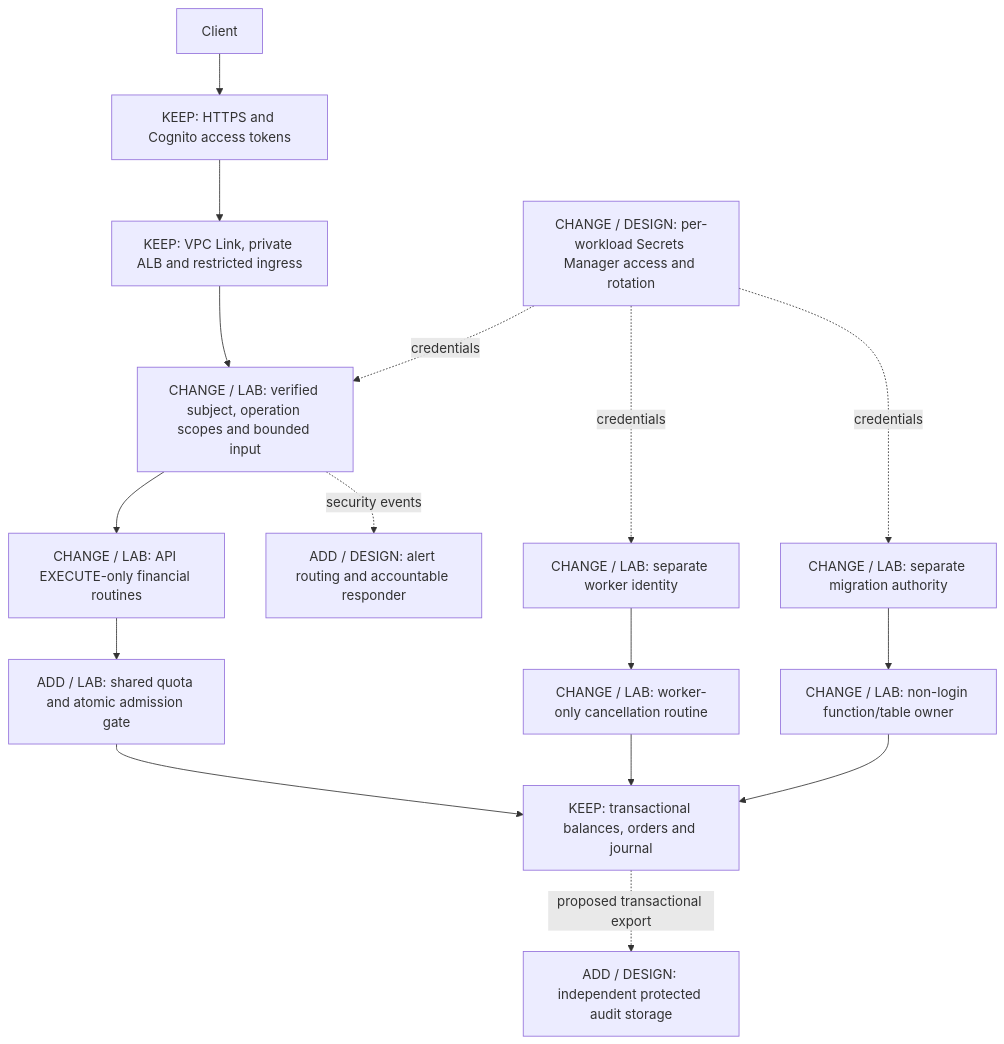
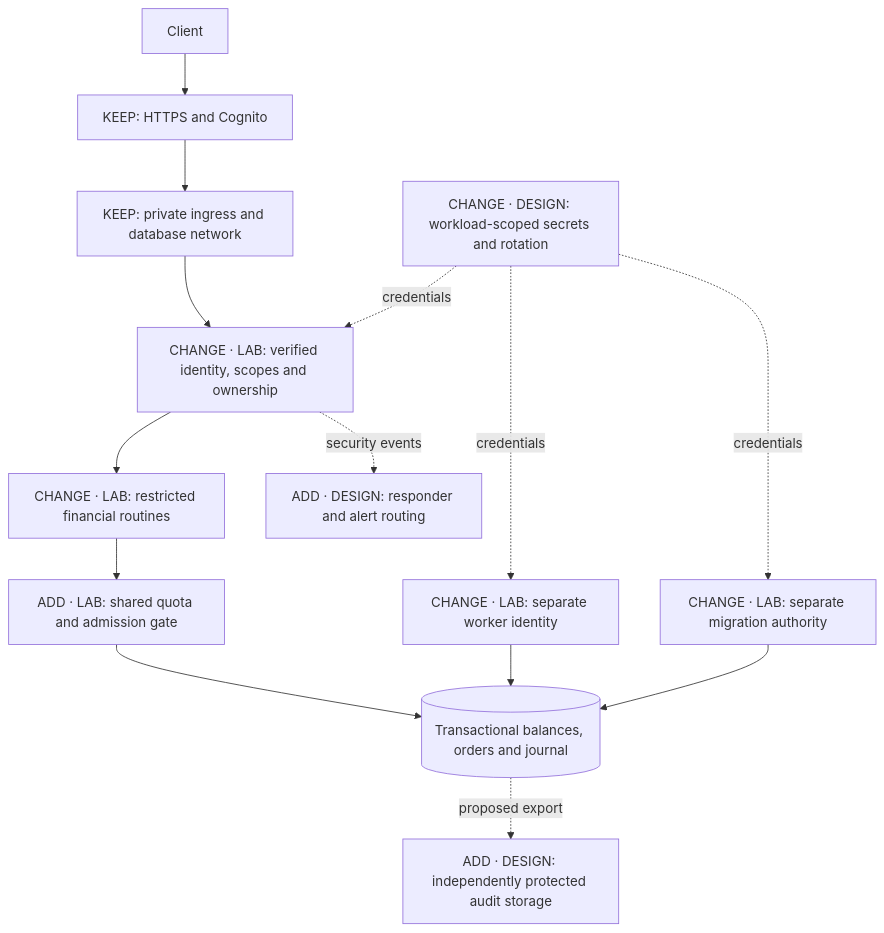
Before and after one commit to hoangminh1104/devops-challenge: the diagram in src/problem5/SOLUTION.md, drawn with Mermaid. The commit also changed other lines of this file and 5 other files, not shown here.

````diff
--- a/src/problem5/SOLUTION.md
+++ b/src/problem5/SOLUTION.md
@@ -11,16 +13,14 @@
 ```mermaid
 flowchart TD
-  Client[Client] --> Edge["KEEP: HTTPS and Cognito access tokens"]
-  Edge --> Private["KEEP: VPC Link, private ALB and restricted ingress"]
-  Private --> API["CHANGE / LAB: verified subject, operation scopes and bounded input"]
-  API --> Functions["CHANGE / LAB: API EXECUTE-only financial routines"]
-  Functions --> Gate["ADD / LAB: shared quota and atomic admission gate"]
-  Gate --> DB["KEEP: transactional balances, orders and journal"]
-  Worker["CHANGE / LAB: separate worker identity"] --> WorkerFn["CHANGE / LAB: worker-only cancellation routine"]
-  WorkerFn --> DB
-  Migration["CHANGE / LAB: separate migration authority"] --> Owner["CHANGE / LAB: non-login function/table owner"]
-  Owner --> DB
-  DB -. proposed transactional export .-> Audit["ADD / DESIGN: independent protected audit storage"]
-  API -. security events .-> Alerts["ADD / DESIGN: alert routing and accountable responder"]
-  Secrets["CHANGE / DESIGN: per-workload Secrets Manager access and rotation"] -. credentials .-> API & Worker & Migration
+  Client[Client] --> Edge["KEEP: HTTPS and Cognito"]
+  Edge --> Private["KEEP: private ingress and database network"]
+  Private --> API["CHANGE · LAB: verified identity, scopes and ownership"]
+  API --> Functions["CHANGE · LAB: restricted financial routines"]
+  Functions --> Gate["ADD · LAB: shared quota and admission gate"]
+  Gate --> DB[(Transactional balances, orders and journal)]
+  Worker["CHANGE · LAB: separate worker identity"] --> DB
+  Migration["CHANGE · LAB: separate migration authority"] --> DB
+  DB -. proposed export .-> Audit["ADD · DESIGN: independently protected audit storage"]
+  API -. security events .-> Alerts["ADD · DESIGN: responder and alert routing"]
+  Secrets["CHANGE · DESIGN: workload-scoped secrets and rotation"] -. credentials .-> API & Worker & Migration
 ```
````
